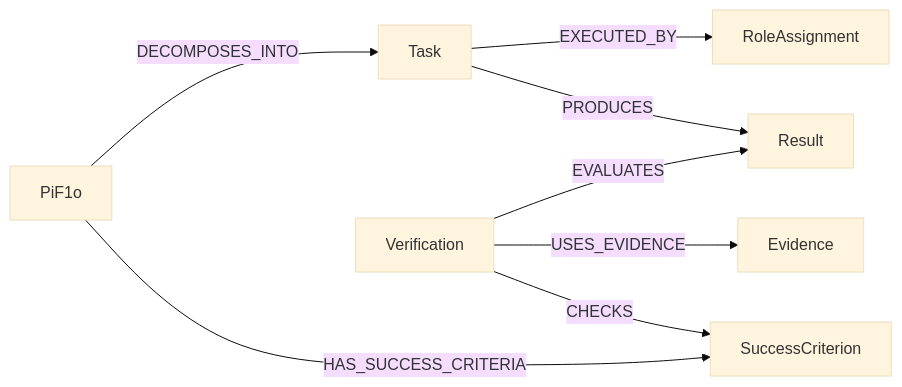
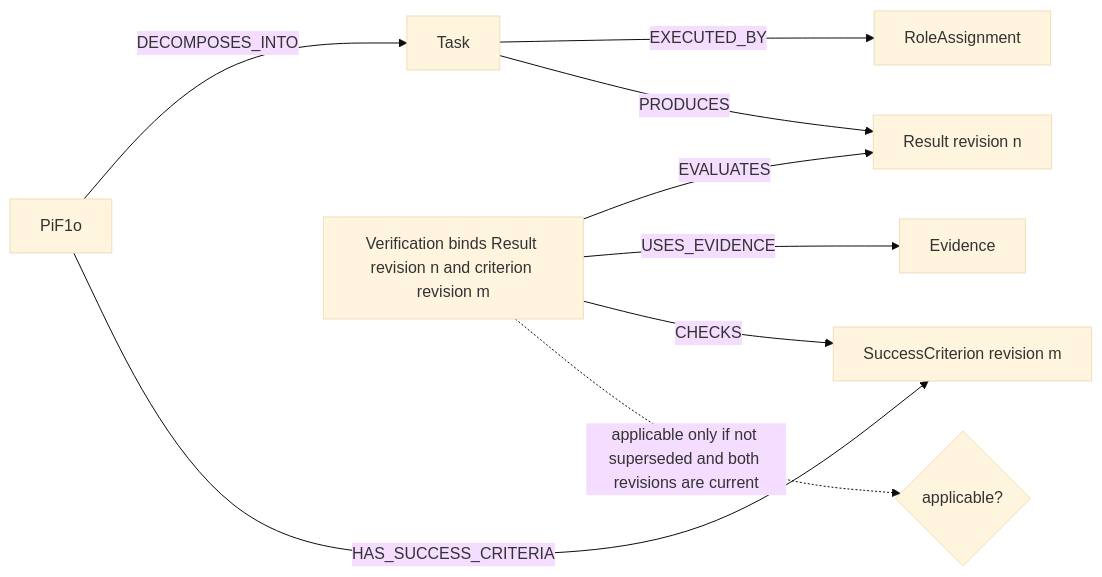
The diagram in docs/diagrams/sources/task-verification.mmd (eeimicke/junaco-jci-loop), drawn with Mermaid (base theme) before and after one commit. The commit also changed 29 other files, not shown here.

```diff
--- a/docs/diagrams/sources/task-verification.mmd
+++ b/docs/diagrams/sources/task-verification.mmd
@@ -1,8 +1,9 @@
 flowchart LR
     PiF1o -->|DECOMPOSES_INTO| Task
     Task -->|EXECUTED_BY| Assignment[RoleAssignment]
-    Task -->|PRODUCES| Result
-    Verification -->|EVALUATES| Result
+    Task -->|PRODUCES| Result[Result revision n]
+    Verification[Verification binds Result revision n and criterion revision m] -->|EVALUATES| Result
     Verification -->|USES_EVIDENCE| Evidence
-    Verification -->|CHECKS| Criterion[SuccessCriterion]
+    Verification -->|CHECKS| Criterion[SuccessCriterion revision m]
     PiF1o -->|HAS_SUCCESS_CRITERIA| Criterion
+    Verification -. applicable only if not superseded and both revisions are current .-> Applicable{applicable?}
```
